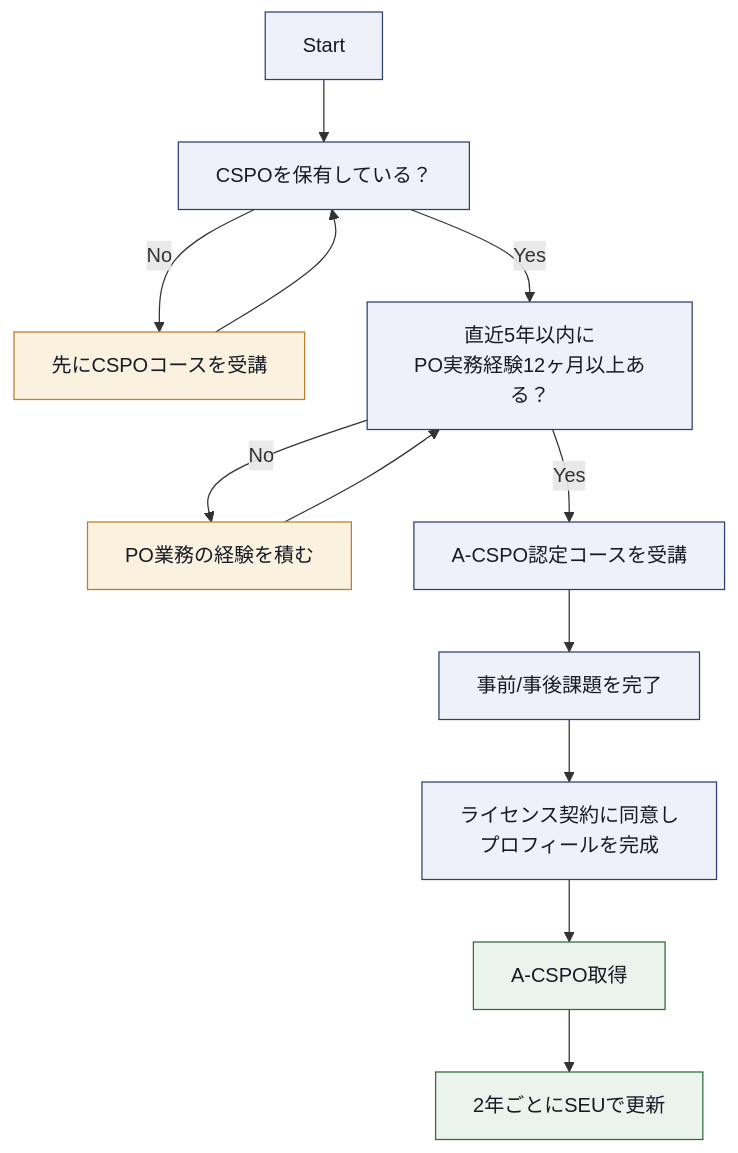
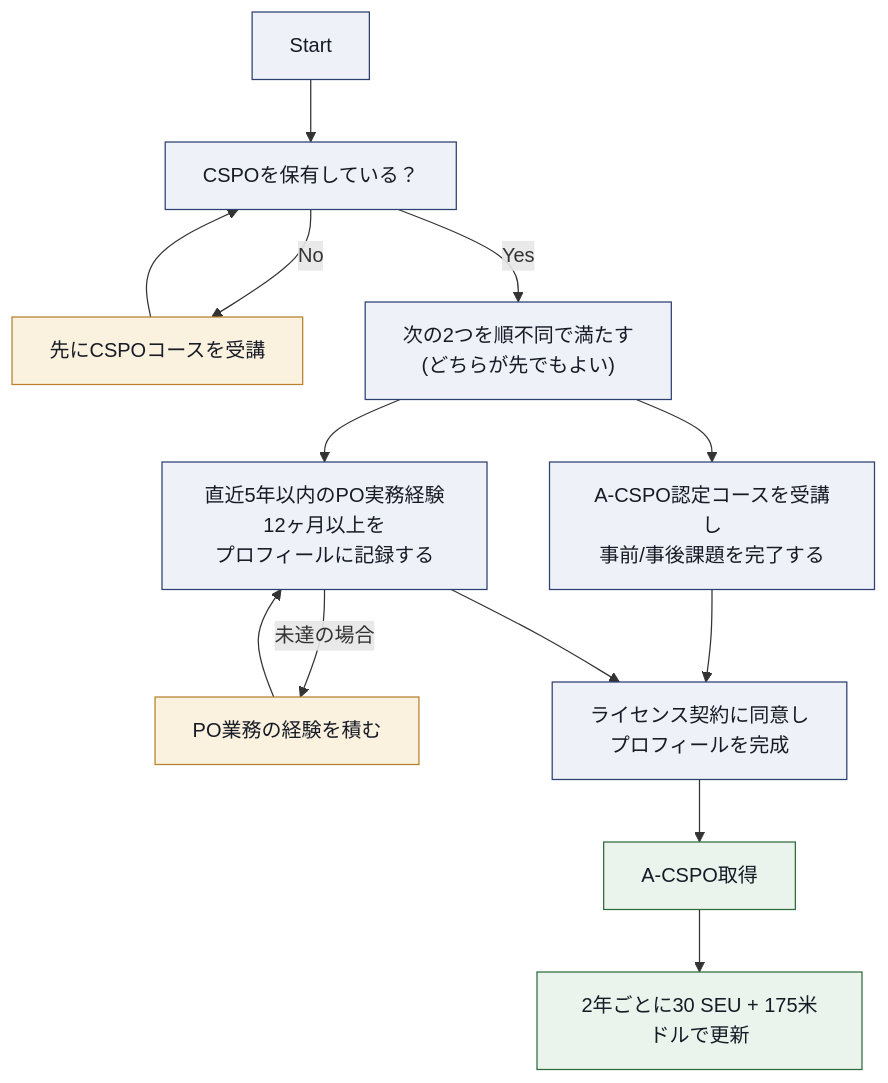
One commit to myoshi2891/Management-Team-Building-Studies changed the second of 17 diagrams in A-cspo-advanced-certified-scrum-product-owner-study-guide.md. Above: the diagram before and after it, drawn with Mermaid. The commit also changed other lines of this file, not shown here.

````diff
--- a/A-cspo-advanced-certified-scrum-product-owner-study-guide.md
+++ b/A-cspo-advanced-certified-scrum-product-owner-study-guide.md
@@ -100,23 +100,22 @@
 ```mermaid
 flowchart TD
     S["Start"] --> A["CSPOを保有している？"]
     A -- No --> A1["先にCSPOコースを受講"]
     A1 --> A
-    A -- Yes --> B["直近5年以内に
-PO実務経験12ヶ月以上ある？"]
-    B -- No --> B1["PO業務の経験を積む"]
+    A -- Yes --> P["次の2つを順不同で満たす<br/>(どちらが先でもよい)"]
+    P --> C["A-CSPO認定コースを受講し<br/>事前/事後課題を完了する"]
+    P --> B["直近5年以内のPO実務経験12ヶ月以上を<br/>プロフィールに記録する"]
+    B -- 未達の場合 --> B1["PO業務の経験を積む"]
     B1 --> B
-    B -- Yes --> C["A-CSPO認定コースを受講"]
-    C --> D["事前/事後課題を完了"]
-    D --> E["ライセンス契約に同意し
-プロフィールを完成"]
+    C --> E["ライセンス契約に同意し<br/>プロフィールを完成"]
+    B --> E
     E --> F["A-CSPO取得"]
-    F --> G["2年ごとにSEUで更新"]
+    F --> G["2年ごとに30 SEU + 175米ドルで更新"]
 
     classDef box fill:#EEF1F8,stroke:#2E3F72,color:#161B26
     classDef hub fill:#FAF1DF,stroke:#B8802A,color:#161B26
     classDef done fill:#EAF4EC,stroke:#2F6B3D,color:#161B26
-    class S,A,B,C,D,E box
+    class S,A,P,B,C,E box
     class A1,B1 hub
     class F,G done
 ```
````
